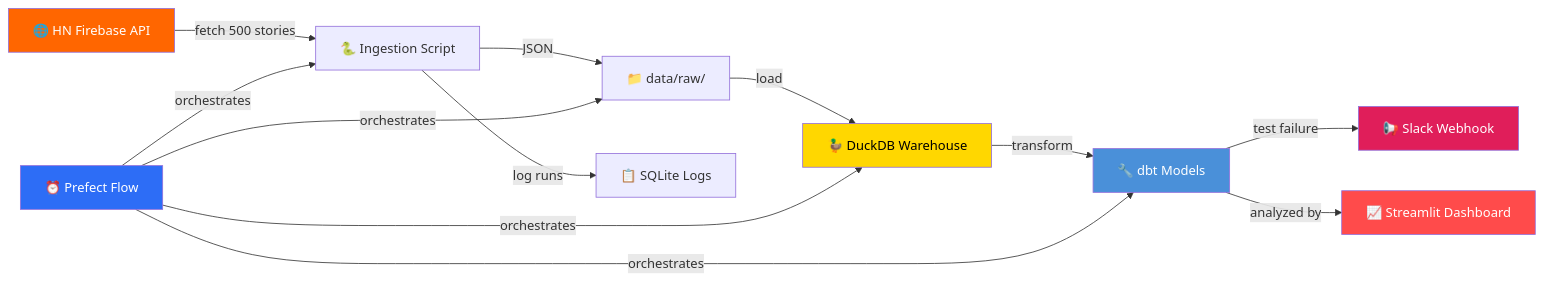
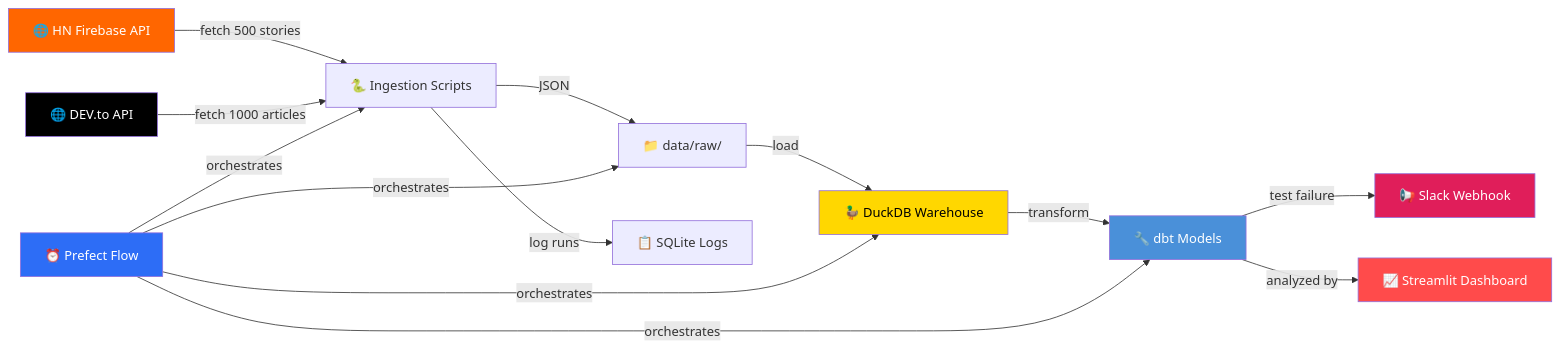
One commit to ducnguyent/modern_data_stack changed the diagram in README.md. Above: the diagram before and after it, drawn with Mermaid. The commit also changed other lines of this file and 10 other files, not shown here.

Commit message:
feat: add end-to-end data pipeline for DEV.to articles including ingestion, loading, dbt modeling, and verification scripts

````diff
--- a/README.md
+++ b/README.md
@@ -9,21 +9,23 @@
 ```mermaid
 graph LR
-    A["🌐 HN Firebase API"] -->|fetch 500 stories| B["🐍 Ingestion Script"]
+    A["🌐 HN Firebase API"] -->|fetch 500 stories| B["🐍 Ingestion Scripts"]
+    A2["🌐 DEV.to API"] -->|fetch 1000 articles| B
     B -->|JSON| C["📁 data/raw/"]
     C -->|load| D["🦆 DuckDB Warehouse"]
     D -->|transform| E["🔧 dbt Models"]
     F["⏰ Prefect Flow"] -->|orchestrates| B
     F -->|orchestrates| C
     F -->|orchestrates| D
     F -->|orchestrates| E
     E -->|test failure| G["📢 Slack Webhook"]
     B -->|log runs| H["📋 SQLite Logs"]
     E -->|analyzed by| I["📈 Streamlit Dashboard"]
 
     style A fill:#ff6600,color:#fff
+    style A2 fill:#000000,color:#fff
     style D fill:#ffd700,color:#000
     style E fill:#4a90d9,color:#fff
     style F fill:#2d6df6,color:#fff
     style G fill:#e01e5a,color:#fff
     style I fill:#ff4b4b,color:#fff
 ```
````
